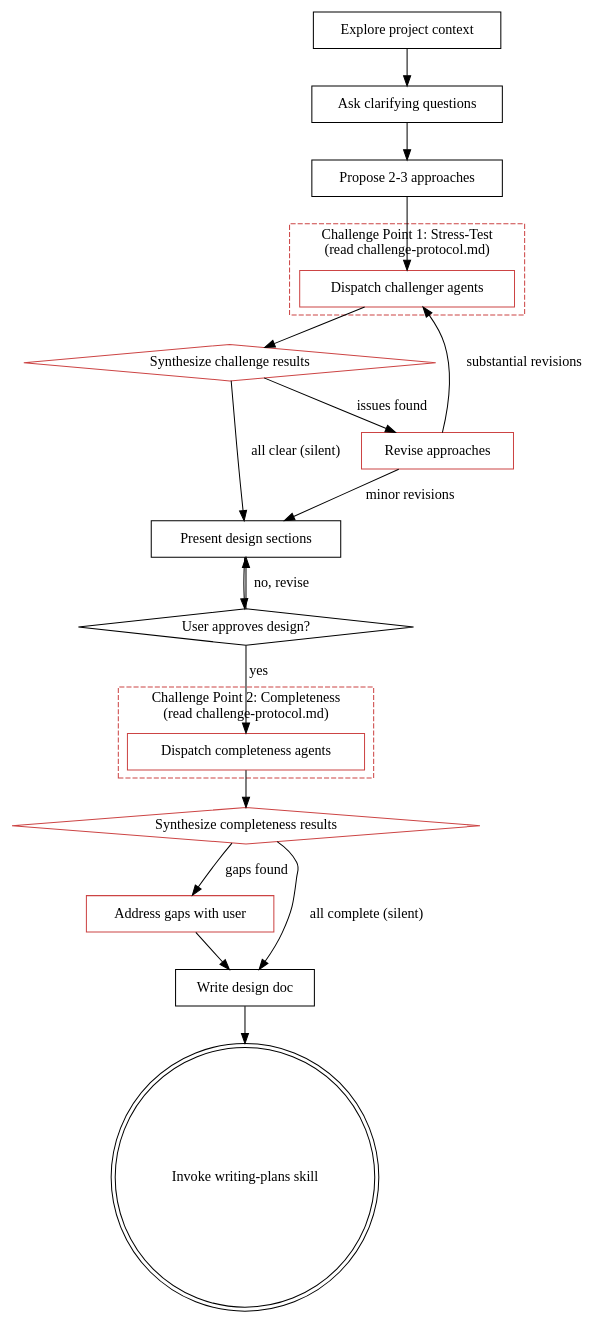
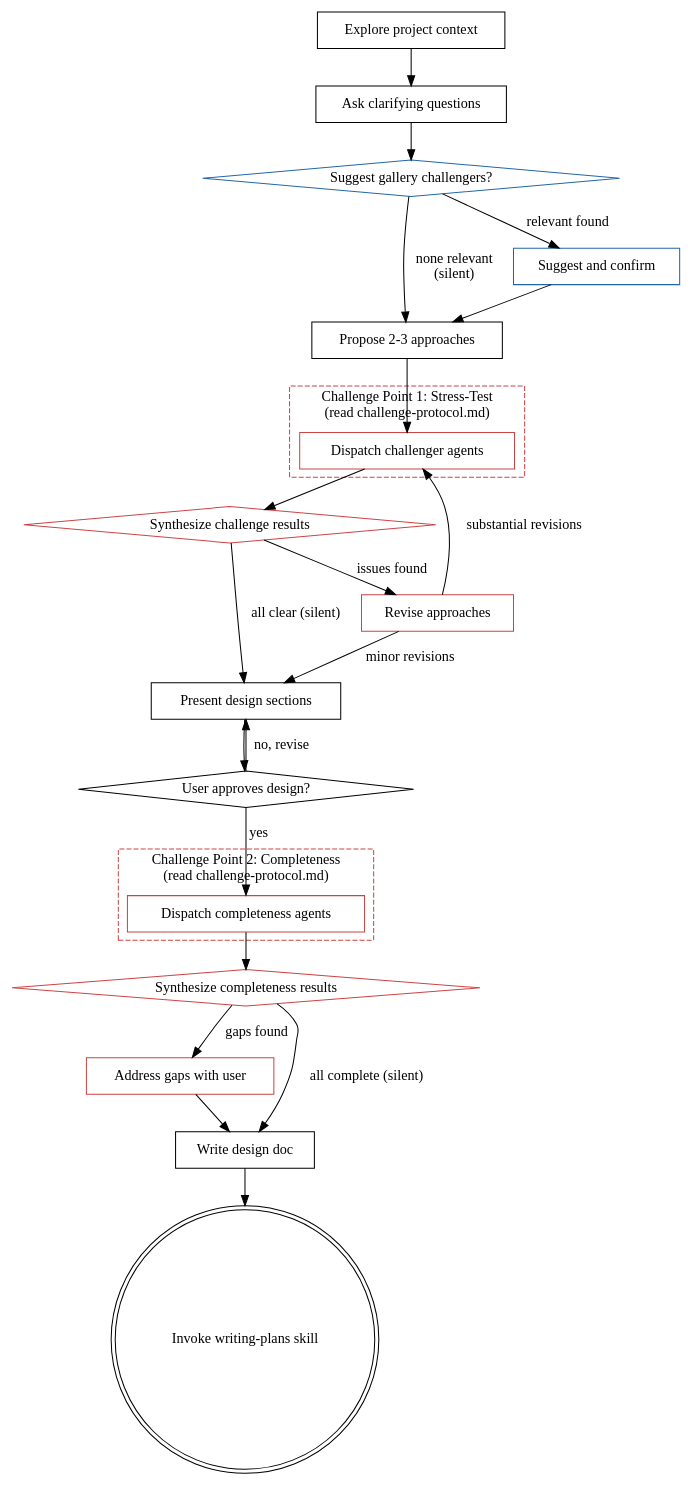
The diagram in skills/brainstorming/SKILL.md (leoawesome/brainstorming-with-challenger), drawn with Graphviz before and after one commit. The commit also changed other lines of this file and 8 other files, not shown here.

First line of the commit message:
Add challenger gallery with suggest-and-confirm for domain challengers

````diff
--- a/skills/brainstorming/SKILL.md
+++ b/skills/brainstorming/SKILL.md
@@ -41,46 +42,52 @@
 ```dot
 digraph brainstorming {
     "Explore project context" [shape=box];
     "Ask clarifying questions" [shape=box];
     "Propose 2-3 approaches" [shape=box];
 
     subgraph cluster_challenge1 {
         label="Challenge Point 1: Stress-Test\n(read challenge-protocol.md)";
         style=dashed; color="#cc4444";
         "Dispatch challenger agents" [shape=box, color="#cc4444"];
     }
 
     "Synthesize challenge results" [shape=diamond, color="#cc4444"];
     "Revise approaches" [shape=box, color="#cc4444"];
     "Present design sections" [shape=box];
     "User approves design?" [shape=diamond];
 
     subgraph cluster_challenge2 {
         label="Challenge Point 2: Completeness\n(read challenge-protocol.md)";
         style=dashed; color="#cc4444";
         "Dispatch completeness agents" [shape=box, color="#cc4444"];
     }
 
     "Synthesize completeness results" [shape=diamond, color="#cc4444"];
     "Address gaps with user" [shape=box, color="#cc4444"];
     "Write design doc" [shape=box];
     "Invoke writing-plans skill" [shape=doublecircle];
 
+    "Suggest gallery challengers?" [shape=diamond, color="#2266aa"];
+    "Suggest and confirm" [shape=box, color="#2266aa"];
+
     "Explore project context" -> "Ask clarifying questions";
-    "Ask clarifying questions" -> "Propose 2-3 approaches";
+    "Ask clarifying questions" -> "Suggest gallery challengers?";
+    "Suggest gallery challengers?" -> "Suggest and confirm" [label="relevant found"];
+    "Suggest gallery challengers?" -> "Propose 2-3 approaches" [label="none relevant\n(silent)"];
+    "Suggest and confirm" -> "Propose 2-3 approaches";
     "Propose 2-3 approaches" -> "Dispatch challenger agents";
     "Dispatch challenger agents" -> "Synthesize challenge results";
     "Synthesize challenge results" -> "Present design sections" [label="all clear (silent)"];
     "Synthesize challenge results" -> "Revise approaches" [label="issues found"];
     "Revise approaches" -> "Dispatch challenger agents" [label="substantial revisions"];
     "Revise approaches" -> "Present design sections" [label="minor revisions"];
     "Present design sections" -> "User approves design?";
     "User approves design?" -> "Present design sections" [label="no, revise"];
     "User approves design?" -> "Dispatch completeness agents" [label="yes"];
     "Dispatch completeness agents" -> "Synthesize completeness results";
     "Synthesize completeness results" -> "Write design doc" [label="all complete (silent)"];
     "Synthesize completeness results" -> "Address gaps with user" [label="gaps found"];
     "Address gaps with user" -> "Write design doc";
     "Write design doc" -> "Invoke writing-plans skill";
 }
 ```
````
